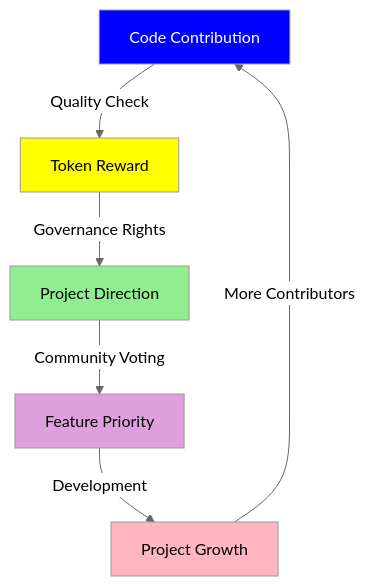
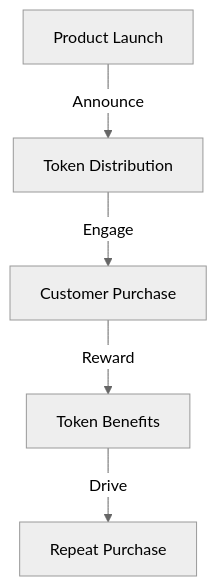
Before and after one commit to MEMEFANS/memefans: the fifth of 7 diagrams in docs/whitepaper/use-cases.md, drawn with Mermaid (neutral theme). The commit also changed other lines of this file and 32 other files, not shown here.

````diff
--- a/docs/whitepaper/use-cases.md
+++ b/docs/whitepaper/use-cases.md
@@ -133,14 +167,7 @@
-<div class="mermaid">
+```mermaid
 graph TD
-    A[Code Contribution] -->|Quality Check| B[Token Reward]
-    B -->|Governance Rights| C[Project Direction]
-    C -->|Community Voting| D[Feature Priority]
-    D -->|Development| E[Project Growth]
-    E -->|More Contributors| A
-    
-    style A fill:#0000FF,color:#FFFFFF
-    style B fill:#FFFF00,color:#000000
-    style C fill:#90EE90,color:#000000
-    style D fill:#DDA0DD,color:#000000
-    style E fill:#FFB6C1,color:#000000
-</div>
+    A[Product Launch] -->|Announce| B[Token Distribution]
+    B -->|Engage| C[Customer Purchase]
+    C -->|Reward| D[Token Benefits]
+    D -->|Drive| E[Repeat Purchase]
+```
````
